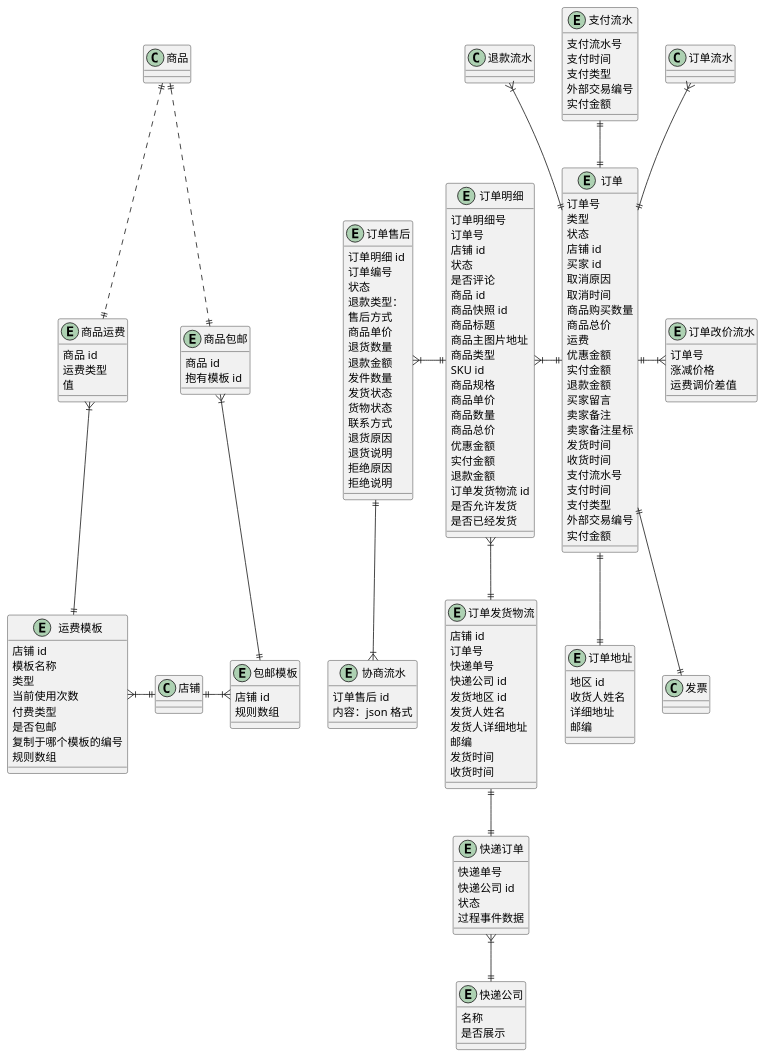
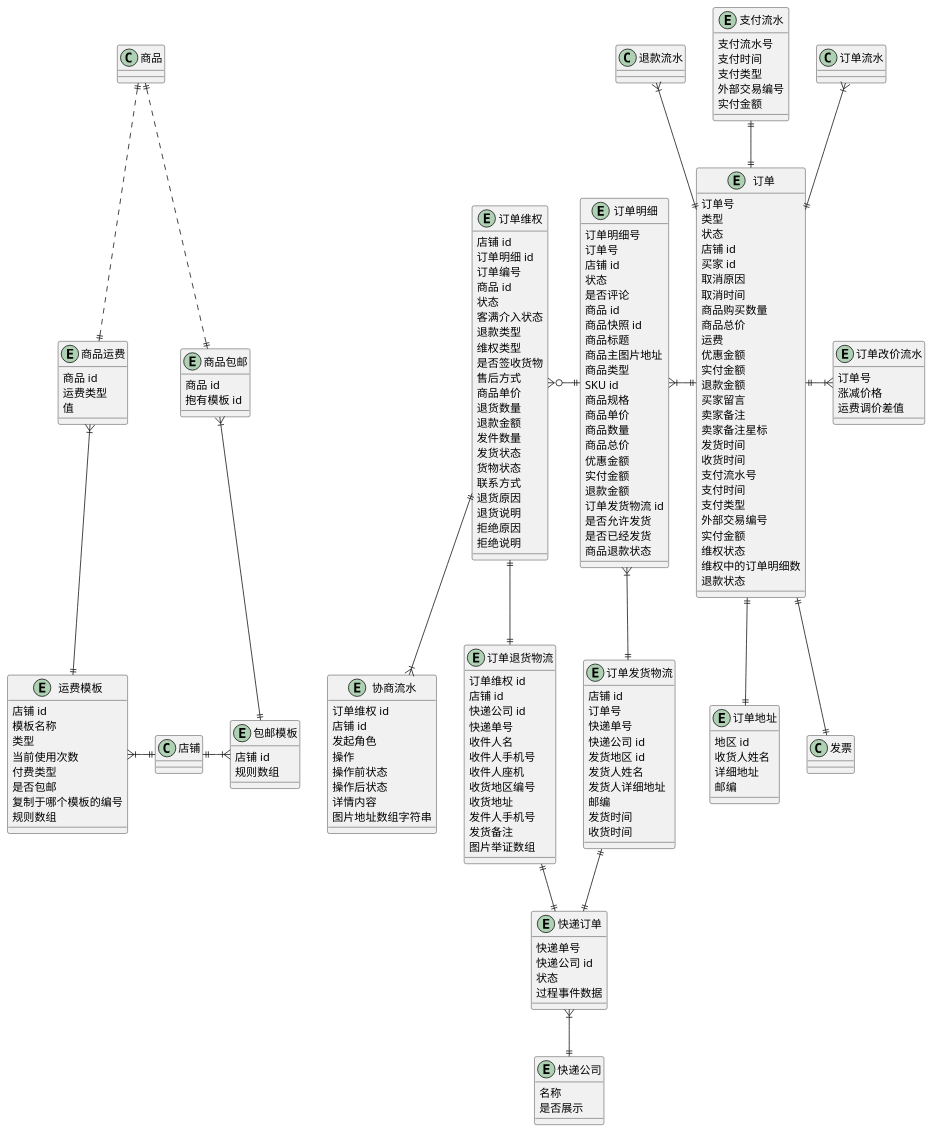
The diagram in 订单.wsd (awesomecat2020/mock-mall), drawn with PlantUML before and after one commit.

Commit message:
订单维权

```diff
--- a/订单.wsd
+++ b/订单.wsd
@@ -43,6 +43,23 @@
     支付类型
     外部交易编号
     实付金额
+    ' 0 无维权
+    ' 1 顾客发起维权
+    ' 2 顾客拒绝商家的处理结果
+    ' 3 顾客接受商家的处理结果
+    ' 9 商家正在处理
+    ' 101 维权处理中
+    ' 110 维权结束
+    维权状态
+    维权中的订单明细数
+    ' 0 - NO_REFUND（无退款）
+    ' 1 - PARTIAL_REFUNDING（部分退款中）
+    ' 2 - PARTIAL_REFUNDED（已部分退款）
+    ' 3 - PARTIAL_REFUND_FAILED（部分退款失败）
+    ' 11 - FULL_REFUNDING（全额退款中）
+    ' 12 - FULL_REFUNDED（已全额退款）
+    ' 13 - FULL_REFUND_FAILED（全额退款失败）
+    退款状态
 }
 entity 订单明细 {
     订单明细号
@@ -73,6 +90,10 @@
     订单发货物流 id
     是否允许发货
     是否已经发货
+    ' 0 - 无退款
+    ' 1 - 部分退款
+    ' 11 - 全部退款
+    商品退款状态
 }
 entity 订单改价流水 {
     订单号
@@ -157,12 +178,14 @@
 快递订单 }|--|| 快递公司
 
 
-' ==================== 售后 ====================
-entity 订单售后 {
+' ==================== 售后维权 ====================
+entity 订单维权 {
+    店铺 id
     订单明细 id
     订单编号
+    商品 id
     ' 待卖家审核
-    ' 待买家发货
+    ' 待买家退货
     ' 待卖家收货
     ' 待买家收货
     ' 售后成功
@@ -170,8 +193,15 @@
     ' 卖家拒绝收货
     ' 售后关闭
     状态
+    ' 1 - 客满未介入
+    ' 2 - 客满介入中
+    客满介入状态
     ' 售中退款/售后退款
-    退款类型：
+    退款类型
+    ' 仅退款/退货退款
+    维权类型
+    ' signed
+    是否签收货物
     ' 未介入/介入中/介入结束
     ' 客服介入状态
     ' 仅退款/退货退款/换货
@@ -185,18 +215,73 @@
     ' /已收到货
     货物状态
     联系方式
+    ' 仅退款-未收到货申请原因
+    '      11(质量问题)
+    '      12(拍错/多拍/不喜欢)
+    '      3(商品描述不符)
+    '      14(假货), 15(商家发错货)
+    '      16(商品破损/少件)
+    '      17(其他)
+    ' 仅退款-已收到货申
+    '      51(多买/买错/不想要)
+    '      52(快递无记录)
+    '      53(少货/空包裹)
+    '      54(未按约定时间发货)
+    '      55(快递一直未送达)
+    '      56(其他)
+    ' 退货退款-申请原因
+    '      101(商品破损/少件)
+    '      102(商家发错货)
+    '      103(商品描述不符)
+    '      104(拍错/多拍/不喜欢)
+    '      105(质量问题)
+    '      107(其他)
     退货原因
     退货说明
     拒绝原因
     拒绝说明
+    ' 以逗号分隔
+    ' 图片举证数组
 }
 entity 协商流水 {
-    订单售后 id
-    内容：json 格式
+    订单维权 id
+    店铺 id
+    ' 1 - 系统
+    ' 2 - 买家
+    ' 3 - 商家
+    ' 4 - 客服
+    发起角色
+    ' 250 - 同意退款给买家，本次维权结束
+    ' 206 - 已退货,等待商家确认收货
+    ' 205 - 已同意退款申请,等待买家退货
+    ' 201 - 发起了退款申请,等待商家处理
+    操作
+    操作前状态
+    操作后状态
+    ' [{标题:'',内容:''}]
+    详情内容
+    图片地址数组字符串
+}
+entity 订单退货物流 {
+    订单维权 id
+    店铺 id
+    快递公司 id
+    快递单号
+    收件人名
+    收件人手机号
+    收件人座机
+    收货地区编号
+    收货地址
+    发件人手机号
+    发货备注
+    ' 以逗号分隔
+    图片举证数组
 }
 
-订单明细 ||-l-|{ 订单售后
-订单售后 ||--|{ 协商流水
+订单明细 ||-l-o{ 订单维权
+订单维权 ||--|{ 协商流水
+订单维权 ||--|| 订单退货物流
+订单退货物流 ||--|| 快递订单
 
 
 ' ==================== 运费模版 ====================
```
